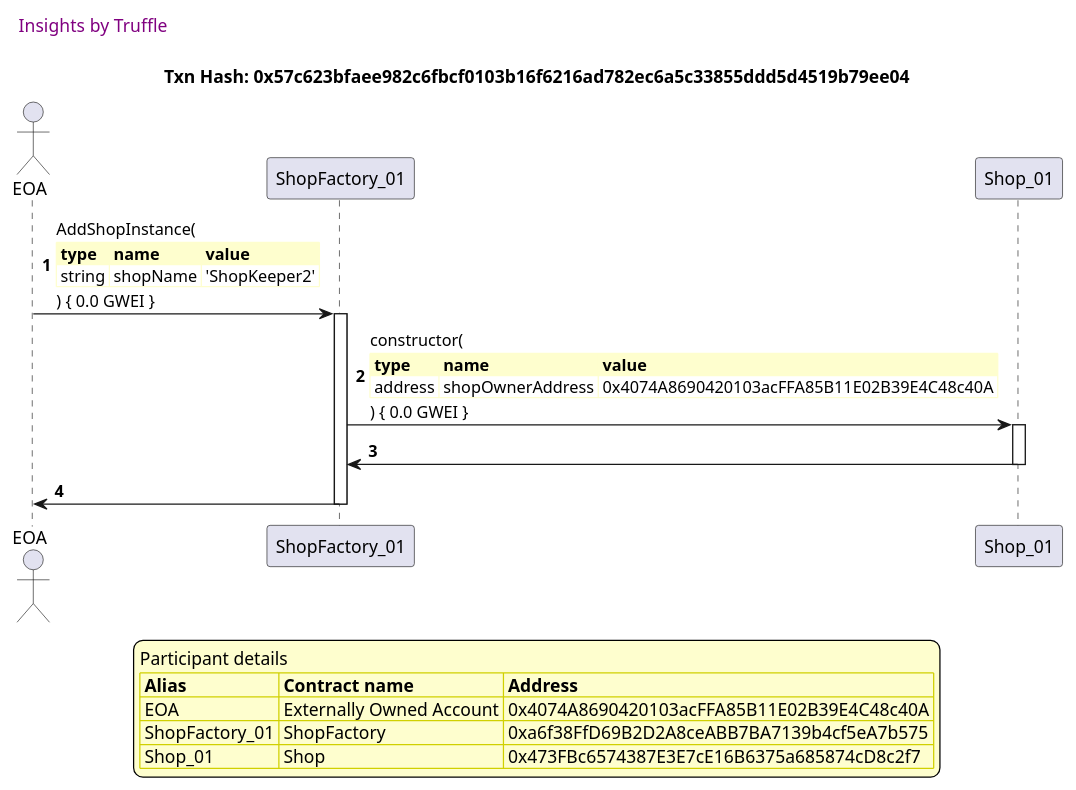
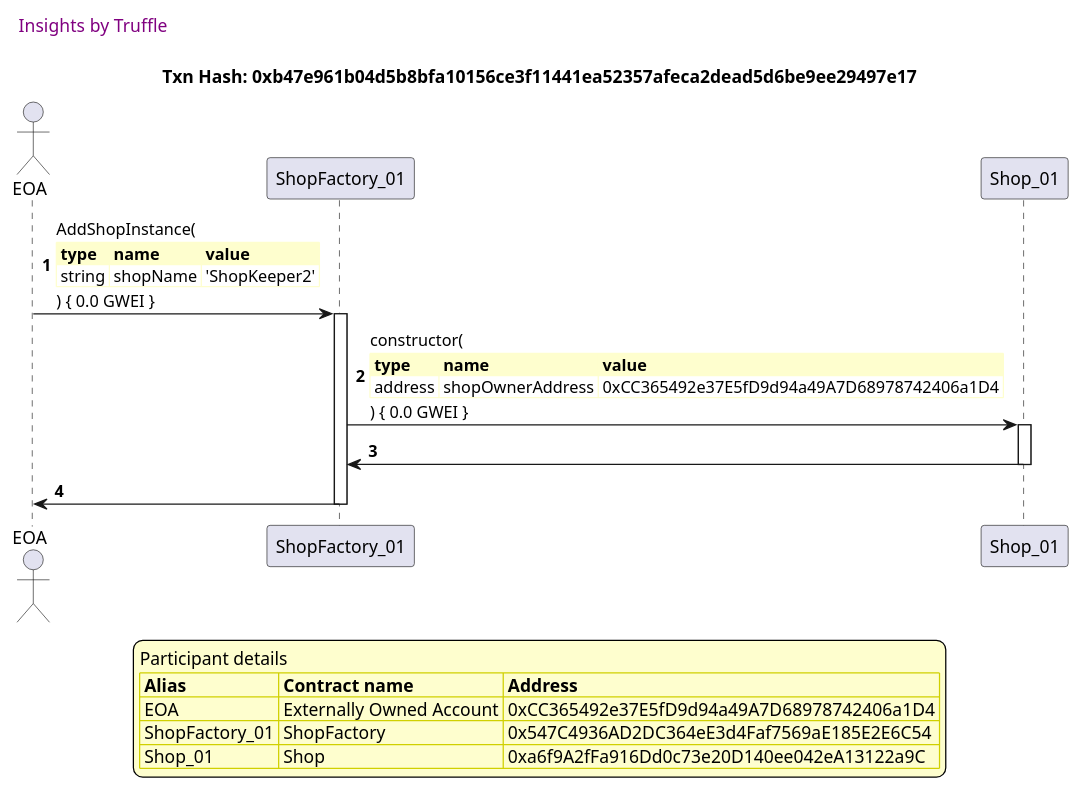
Before and after one commit to thedarkjester/ConsensysAssignment: the ninth of 58 diagrams in truffle-seq/Shop_test_shopfactory_manage_shop.md, drawn with PlantUML. The commit also changed other lines of this file and 13 other files, not shown here.

````diff
--- a/truffle-seq/Shop_test_shopfactory_manage_shop.md
+++ b/truffle-seq/Shop_test_shopfactory_manage_shop.md
@@ -406,47 +406,47 @@
 ```plantuml
 
 
 @startuml
 
 autonumber
 skinparam legendBackgroundColor #FEFECE
 
 <style>
       header {
         HorizontalAlignment left
         FontColor purple
         FontSize 14
         Padding 10
       }
     </style>
 
 header Insights by Truffle
 
-title Txn Hash: 0x57c623bfaee982c6fbcf0103b16f6216ad782ec6a5c33855ddd5d4519b79ee04
+title Txn Hash: 0xb47e961b04d5b8bfa10156ce3f11441ea52357afeca2dead5d6be9ee29497e17
 
 
 actor EOA as "EOA"
 participant ShopFactory_01 as "ShopFactory_01"
 participant Shop_01 as "Shop_01"
 
 "EOA" -> "ShopFactory_01" ++: AddShopInstance(\n\
 <#FEFECE,#FEFECE>|= type |= name |= value |\n\
 | string | shopName | 'ShopKeeper2' |\n\
 ) { 0.0 GWEI }
 "ShopFactory_01" -> "Shop_01" ++: constructor(\n\
 <#FEFECE,#FEFECE>|= type |= name |= value |\n\
-| address | shopOwnerAddress | 0x4074A8690420103acFFA85B11E02B39E4C48c40A |\n\
+| address | shopOwnerAddress | 0xCC365492e37E5fD9d94a49A7D68978742406a1D4 |\n\
 ) { 0.0 GWEI }
 "Shop_01" -> "ShopFactory_01" --: 
 "ShopFactory_01" -> "EOA" --: 
 
 legend
 Participant details
 <#FEFECE,#D0D000>|= Alias |= Contract name |= Address |
-<#FEFECE>| EOA | Externally Owned Account | 0x4074A8690420103acFFA85B11E02B39E4C48c40A |
-<#FEFECE>| ShopFactory_01 | ShopFactory | 0xa6f38FfD69B2D2A8ceABB7BA7139b4cf5eA7b575 |
-<#FEFECE>| Shop_01 | Shop | 0x473FBc6574387E3E7cE16B6375a685874cD8c2f7 |
+<#FEFECE>| EOA | Externally Owned Account | 0xCC365492e37E5fD9d94a49A7D68978742406a1D4 |
+<#FEFECE>| ShopFactory_01 | ShopFactory | 0x547C4936AD2DC364eE3d4Faf7569aE185E2E6C54 |
+<#FEFECE>| Shop_01 | Shop | 0xa6f9A2fFa916Dd0c73e20D140ee042eA13122a9C |
 endlegend
 
 @enduml
 ```
````
